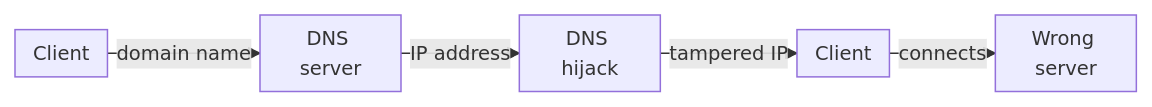
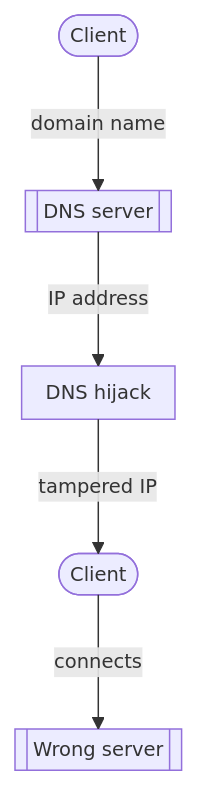
Before and after one commit to aziontech/docs: the fifth of 6 diagrams in apps/docs/src/content/docs/en/pages/secure/edge-dns/how-it-works.mdx, drawn with Mermaid. The commit also changed other lines of this file and 179 other files, not shown here.

Commit message:
docs(diagrams): redraw every other diagram in the use-case diagram style (#2513)

````diff
--- a/apps/docs/src/content/docs/en/pages/secure/edge-dns/how-it-works.mdx
+++ b/apps/docs/src/content/docs/en/pages/secure/edge-dns/how-it-works.mdx
@@ -128,8 +128,8 @@
 ```mermaid
-%%{init: {"layout": "dagre", "themeVariables": {"fontSize": "13px"}, "flowchart": {"nodeSpacing": 12, "rankSpacing": 12, "padding": 6, "wrappingWidth": 70, "minNodeWidth": 40, "useMaxWidth": true}}}%%
-flowchart LR
-  Cli["Client"] -->|"domain name"| Dns["DNS server"]
+%%{init: {"layout": "elk", "themeVariables": {"fontSize": "13px"}, "flowchart": {"nodeSpacing": 24, "rankSpacing": 36, "padding": 8, "wrappingWidth": 150, "useMaxWidth": true}, "sequence": {"width": 120, "actorMargin": 30, "useMaxWidth": true}}}%%
+flowchart TD
+  Cli(["Client"]) -->|"domain name"| Dns[["DNS server"]]
   Dns -->|"IP address"| Hij["DNS hijack"]
-  Hij -->|"tampered IP"| Cli2["Client"]
-  Cli2 -->|"connects"| Bad["Wrong server"]
+  Hij -->|"tampered IP"| Cli2(["Client"])
+  Cli2 -->|"connects"| Bad[["Wrong server"]]
 ```
````
